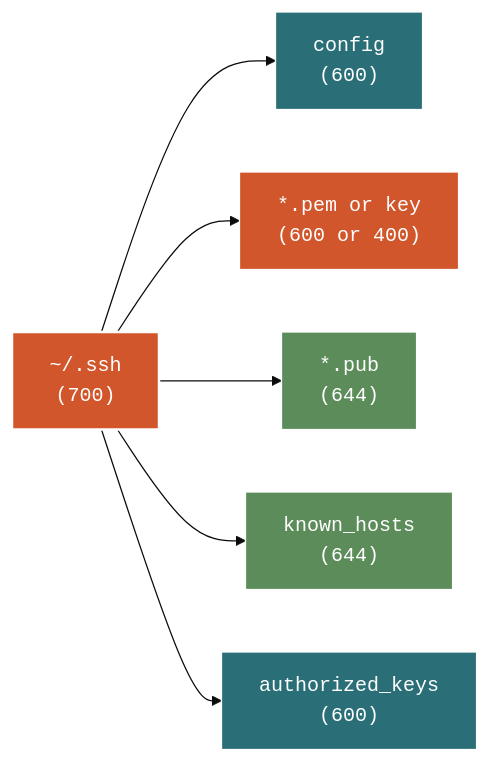
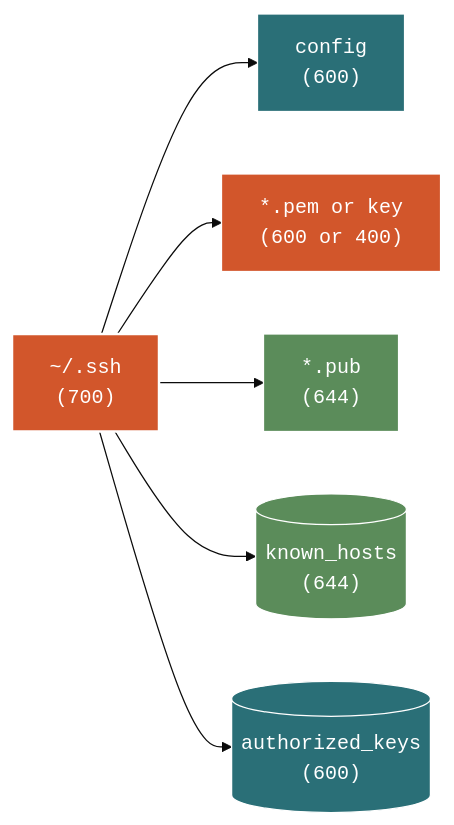
Before and after one commit to mjfrigaard/do4ds-labs: the second of 2 diagrams in aws-ssh-ec2.qmd, drawn with Mermaid. The commit also changed other lines of this file and 28 other files, not shown here.

Commit message:
updates to mermaids

````diff
--- a/aws-ssh-ec2.qmd
+++ b/aws-ssh-ec2.qmd
@@ -135,27 +135,27 @@
 ```{mermaid}
 %%| fig-cap: '~/.ssh Directory Permissions'
 %%| fig-width: 6.0
 %%| fig-align: 'center'
 %%{init: {'theme': 'base', 'themeVariables': {'fontFamily': 'monospace'}}}%%
 
 graph LR
     ssh["~/.ssh<br/>(700)"]
     config["config<br/>(600)"]
     pem["*.pem or key<br/>(600 or 400)"]
     pub["*.pub<br/>(644)"]
-    known["known_hosts<br/>(644)"]
-    auth["authorized_keys<br/>(600)"]
+    known[("known_hosts<br/>(644)")]
+    auth[("authorized_keys<br/>(600)")]
 
     ssh --> config
     ssh --> pem
     ssh --> pub
     ssh --> known
     ssh --> auth
 
     style ssh fill:#D2562B,stroke:#fff,stroke-width:2px,color:#fff,font-family:monospace,text-align:center
     style config fill:#2A6F77,stroke:#fff,stroke-width:1px,color:#fff,font-family:monospace,text-align:center
     style pem fill:#D2562B,stroke:#fff,stroke-width:1px,color:#fff,font-family:monospace,text-align:center
     style pub fill:#5B8C5A,stroke:#fff,stroke-width:1px,color:#fff,font-family:monospace,text-align:center
     style known fill:#5B8C5A,stroke:#fff,stroke-width:1px,color:#fff,font-family:monospace,text-align:center
     style auth fill:#2A6F77,stroke:#fff,stroke-width:1px,color:#fff,font-family:monospace,text-align:center
 ```
````
